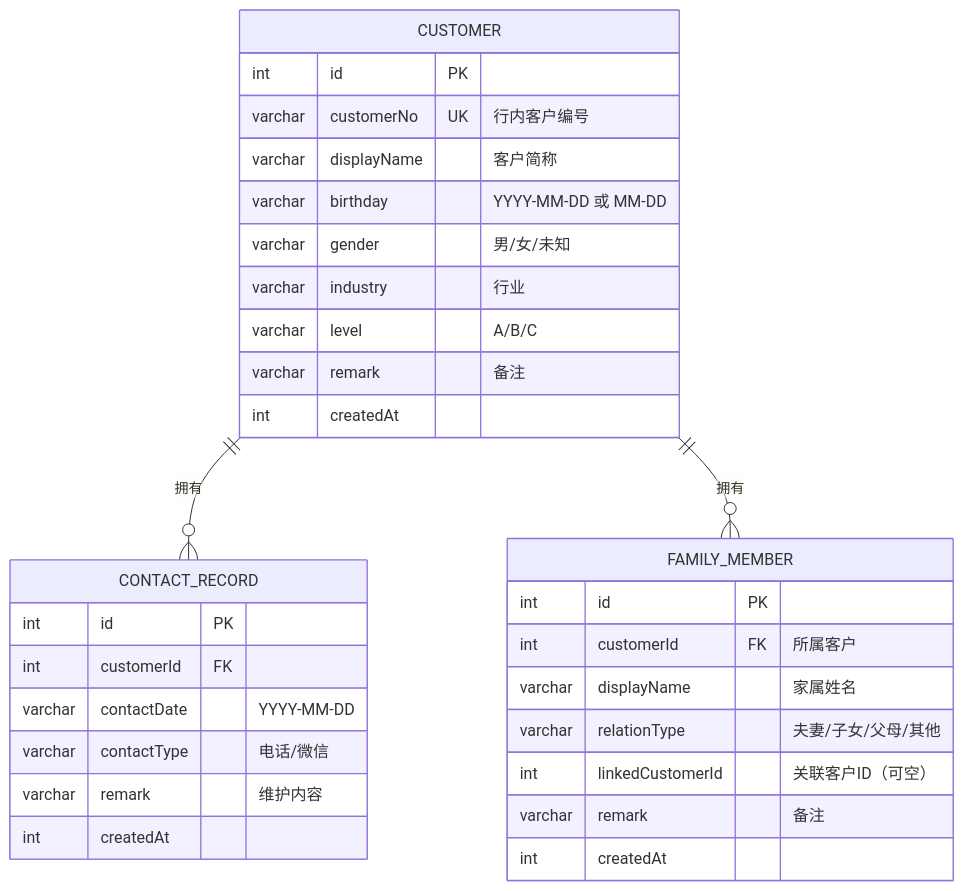
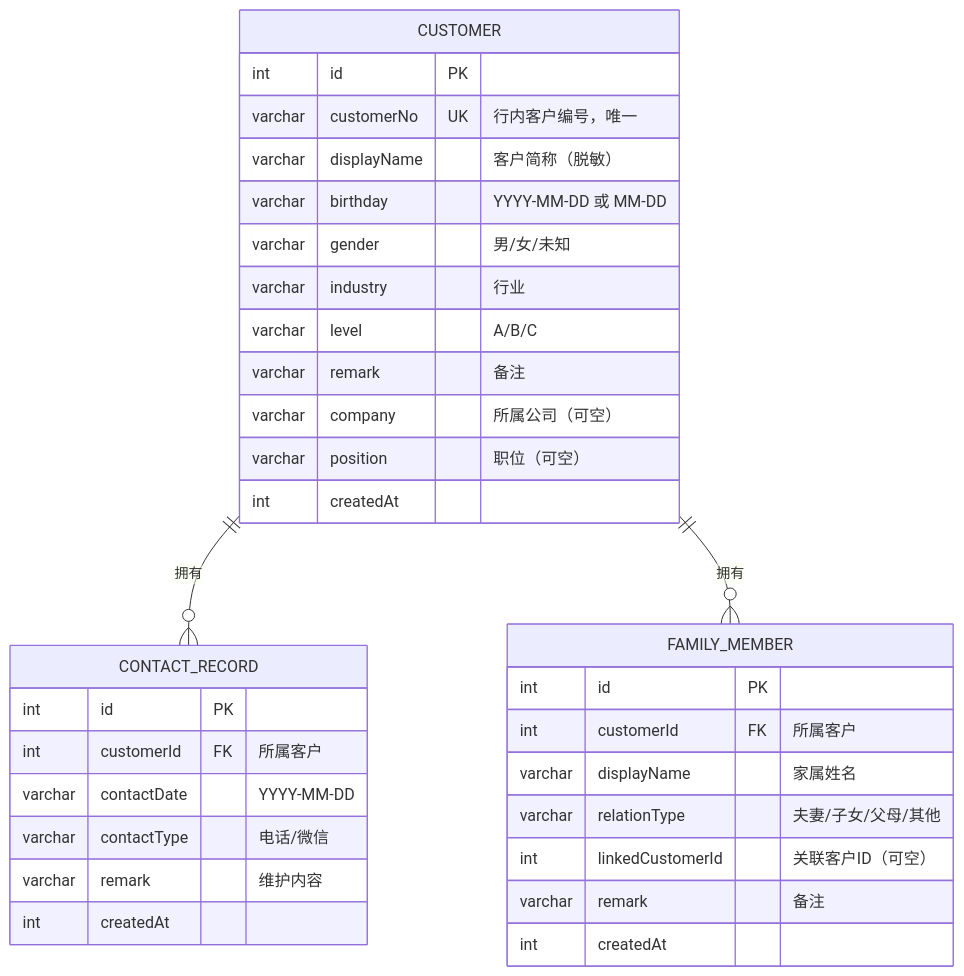
The diagram in docs/心桥_PRD产品文档.md (ninkoro-ai/guanai), drawn with Mermaid before and after one commit. The commit also changed other lines of this file and 2 other files, not shown here.

````diff
--- a/docs/心桥_PRD产品文档.md
+++ b/docs/心桥_PRD产品文档.md
@@ -225,34 +589,36 @@
 ```mermaid
 erDiagram
     CUSTOMER ||--o{ CONTACT_RECORD : "拥有"
     CUSTOMER ||--o{ FAMILY_MEMBER : "拥有"
 
     CUSTOMER {
         int id PK
-        varchar customerNo UK "行内客户编号"
-        varchar displayName "客户简称"
+        varchar customerNo UK "行内客户编号，唯一"
+        varchar displayName "客户简称（脱敏）"
         varchar birthday "YYYY-MM-DD 或 MM-DD"
         varchar gender "男/女/未知"
         varchar industry "行业"
         varchar level "A/B/C"
         varchar remark "备注"
+        varchar company "所属公司（可空）"
+        varchar position "职位（可空）"
         int createdAt
     }
     CONTACT_RECORD {
         int id PK
-        int customerId FK
+        int customerId FK "所属客户"
         varchar contactDate "YYYY-MM-DD"
         varchar contactType "电话/微信"
         varchar remark "维护内容"
         int createdAt
     }
     FAMILY_MEMBER {
         int id PK
         int customerId FK "所属客户"
         varchar displayName "家属姓名"
         varchar relationType "夫妻/子女/父母/其他"
         int linkedCustomerId "关联客户ID（可空）"
         varchar remark "备注"
         int createdAt
     }
 ```
````
